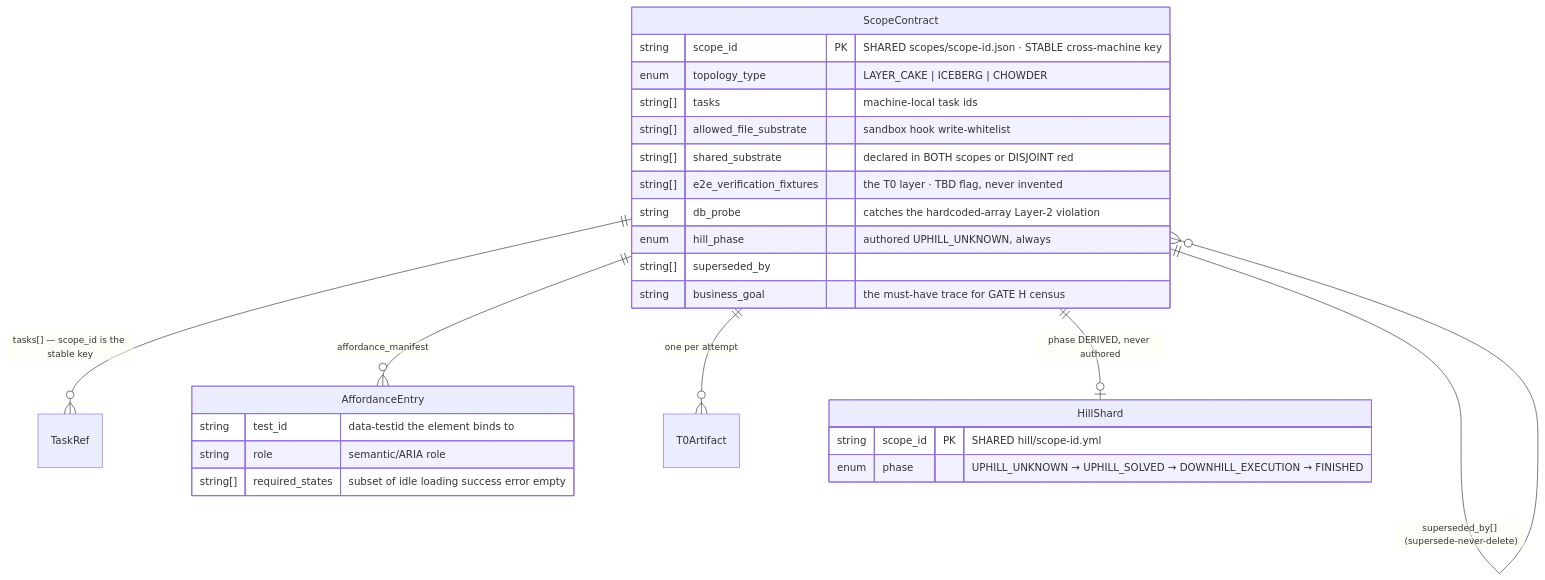
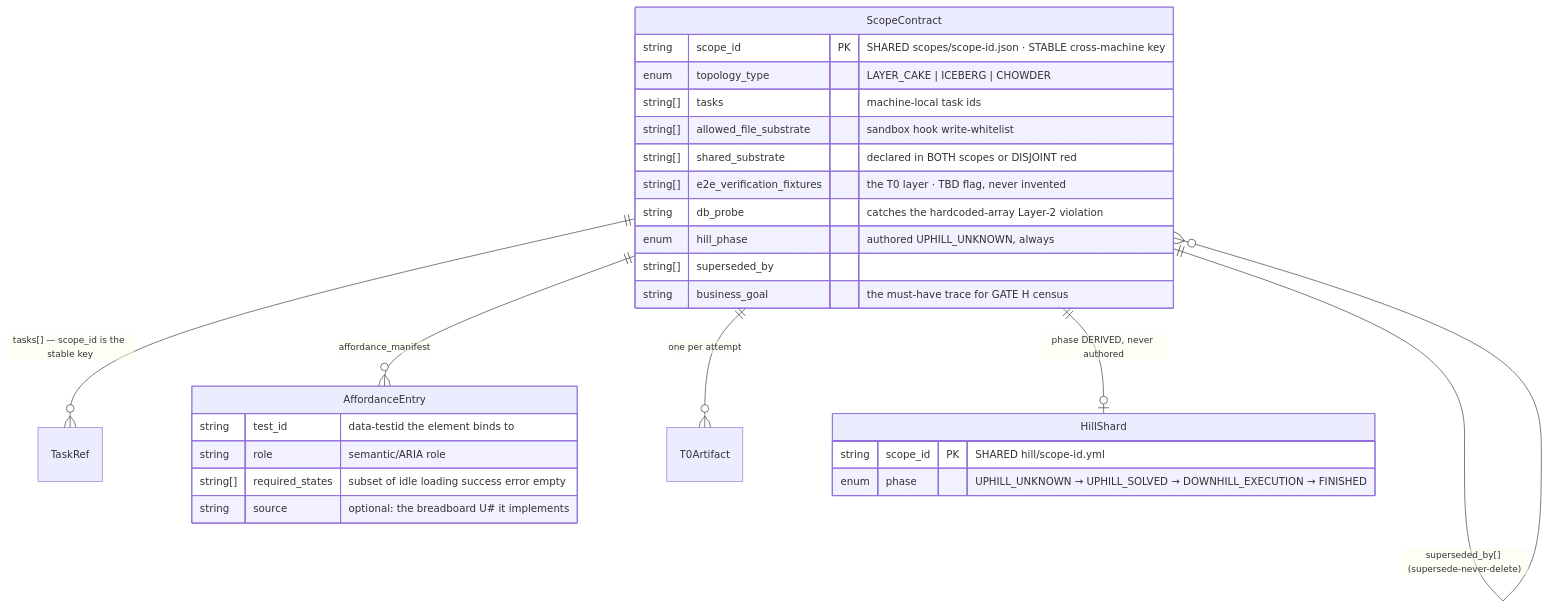
One commit to nguyenvanphituoc/shapeup-sdlc-plugin changed the third of 5 diagrams in docs/design/07-domain-erd.md. Above: the diagram before and after it, drawn with Mermaid. The commit also changed other lines of this file and 1 other file, not shown here.

First line of the commit message:
docs(design): bring the payload map and gate blocks back in line with the schema

````diff
--- a/docs/design/07-domain-erd.md
+++ b/docs/design/07-domain-erd.md
@@ -207,30 +207,31 @@
 ```mermaid
 erDiagram
     ScopeContract ||--o{ TaskRef : "tasks[] — scope_id is the stable key"
     ScopeContract ||--o{ AffordanceEntry : "affordance_manifest"
     ScopeContract ||--o{ T0Artifact : "one per attempt"
     ScopeContract ||--o| HillShard : "phase DERIVED, never authored"
     ScopeContract ||--o{ ScopeContract : "superseded_by[] (supersede-never-delete)"
 
     ScopeContract {
         string scope_id PK "SHARED scopes/scope-id.json · STABLE cross-machine key"
         enum topology_type "LAYER_CAKE | ICEBERG | CHOWDER"
         string[] tasks "machine-local task ids"
         string[] allowed_file_substrate "sandbox hook write-whitelist"
         string[] shared_substrate "declared in BOTH scopes or DISJOINT red"
         string[] e2e_verification_fixtures "the T0 layer · TBD flag, never invented"
         string db_probe "catches the hardcoded-array Layer-2 violation"
         enum hill_phase "authored UPHILL_UNKNOWN, always"
         string[] superseded_by
         string business_goal "the must-have trace for GATE H census"
     }
     AffordanceEntry {
         string test_id "data-testid the element binds to"
         string role "semantic/ARIA role"
         string[] required_states "subset of idle loading success error empty"
+        string source "optional: the breadboard U# it implements"
     }
     HillShard {
         string scope_id PK "SHARED hill/scope-id.yml"
         enum phase "UPHILL_UNKNOWN → UPHILL_SOLVED → DOWNHILL_EXECUTION → FINISHED"
     }
 ```
````
